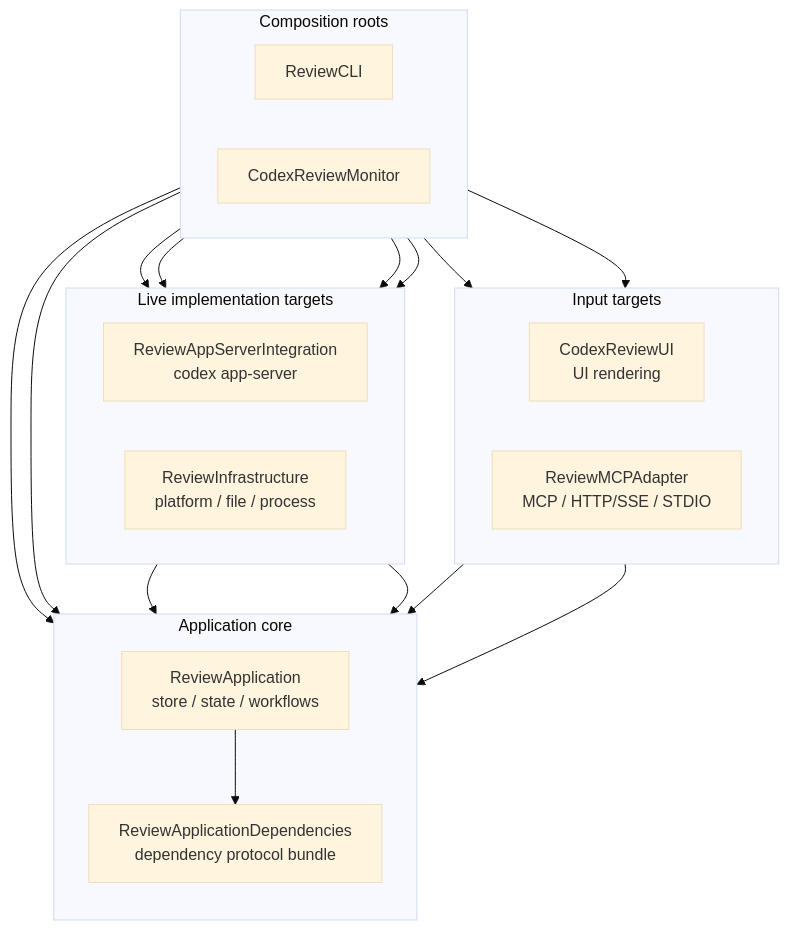
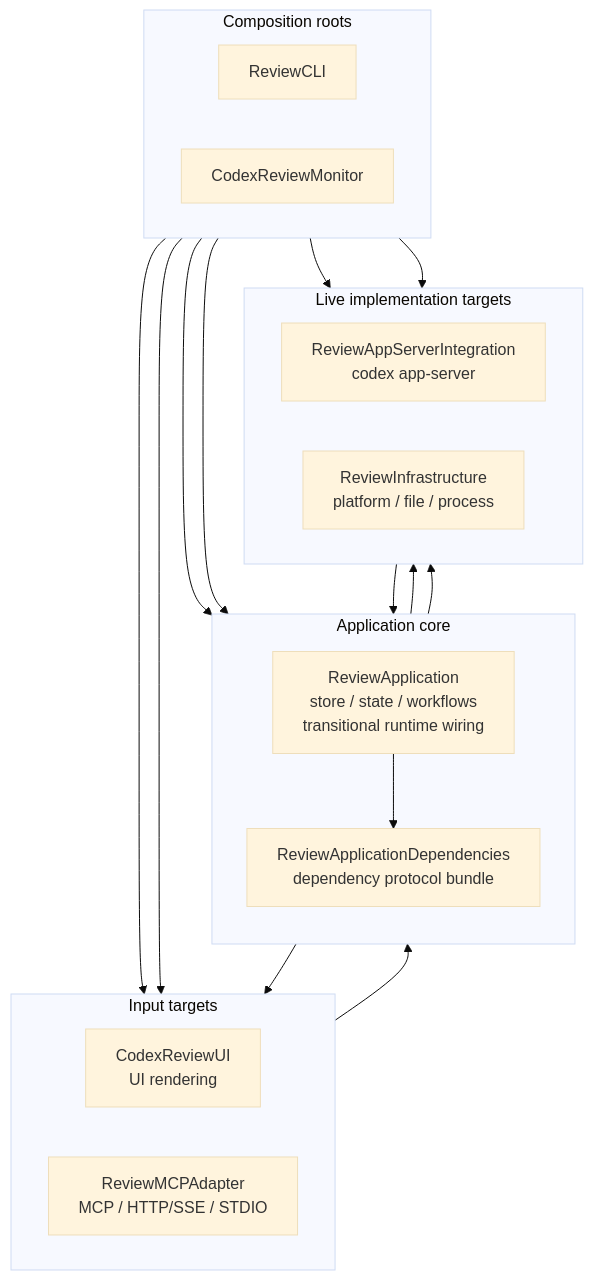
One commit to lynnswap/CodexReviewMCP changed the fifth of 8 diagrams in Docs/architecture-overview.md. Above: the diagram before and after it, drawn with Mermaid (base theme). The commit also changed other lines of this file and 64 other files, not shown here.

````diff
--- a/Docs/architecture-overview.md
+++ b/Docs/architecture-overview.md
@@ -204,43 +206,42 @@
 ```mermaid
 flowchart TB
     subgraph Inputs["Input targets"]
         direction LR
         CodexReviewUI["CodexReviewUI<br/>UI rendering"]
         ReviewMCPAdapter["ReviewMCPAdapter<br/>MCP / HTTP/SSE / STDIO"]
     end
 
     subgraph AppCore["Application core"]
         direction TB
-        ReviewApplication["ReviewApplication<br/>store / state / workflows"]
+        ReviewApplication["ReviewApplication<br/>store / state / workflows<br/>transitional runtime wiring"]
         ReviewApplicationDependencies["ReviewApplicationDependencies<br/>dependency protocol bundle"]
         ReviewApplication --> ReviewApplicationDependencies
     end
 
     subgraph Live["Live implementation targets"]
         direction LR
         ReviewAppServerIntegration["ReviewAppServerIntegration<br/>codex app-server"]
         ReviewInfrastructure["ReviewInfrastructure<br/>platform / file / process"]
     end
 
     subgraph Roots["Composition roots"]
         direction LR
         ReviewCLI["ReviewCLI"]
         CodexReviewMonitor["CodexReviewMonitor"]
     end
 
     CodexReviewUI --> ReviewApplication
-    ReviewMCPAdapter --> ReviewApplication
 
+    ReviewApplication --> ReviewMCPAdapter
+    ReviewApplication --> ReviewAppServerIntegration
+    ReviewApplication --> ReviewInfrastructure
     ReviewAppServerIntegration --> ReviewApplicationDependencies
-    ReviewInfrastructure --> ReviewApplicationDependencies
 
     ReviewCLI --> ReviewMCPAdapter
     ReviewCLI --> ReviewApplication
     ReviewCLI --> ReviewAppServerIntegration
     ReviewCLI --> ReviewInfrastructure
 
     CodexReviewMonitor --> CodexReviewUI
     CodexReviewMonitor --> ReviewApplication
-    CodexReviewMonitor --> ReviewAppServerIntegration
-    CodexReviewMonitor --> ReviewInfrastructure
 ```
````
